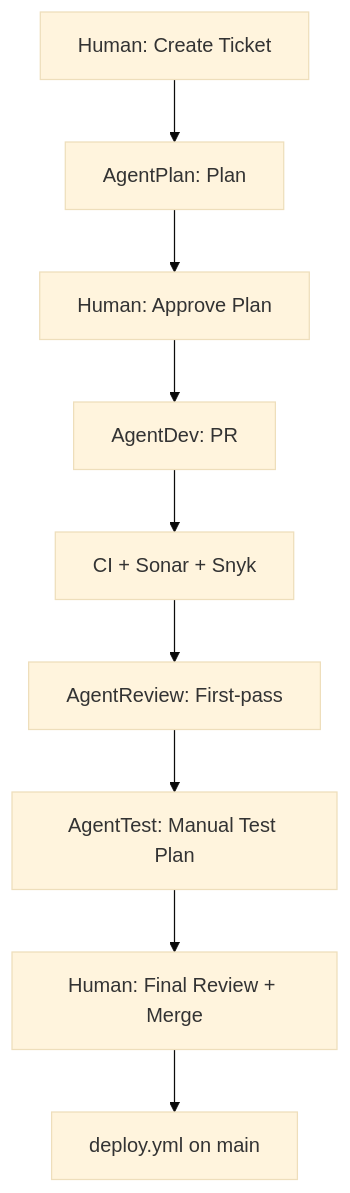
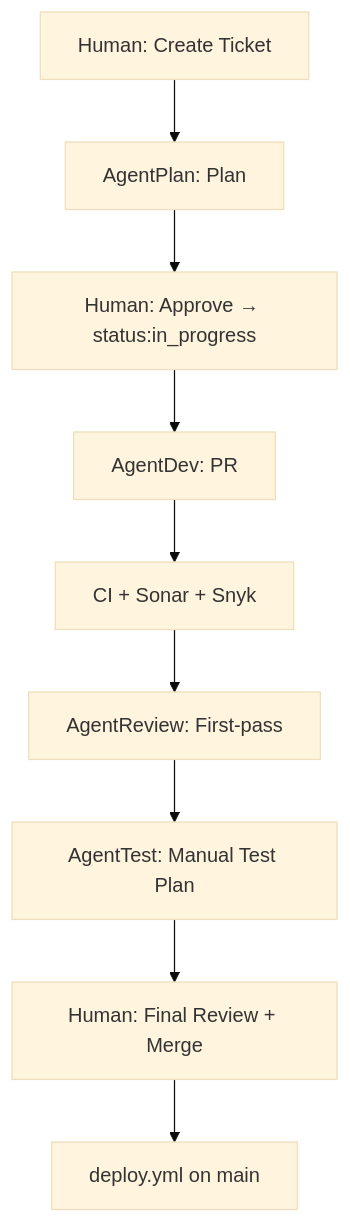
One commit to redefinered-cc/fuzzy-umbrella changed the diagram in docs/agent-dev-lifecycle.md. Above: the diagram before and after it, drawn with Mermaid (base theme). The commit also changed other lines of this file and 10 other files, not shown here.

````diff
--- a/docs/agent-dev-lifecycle.md
+++ b/docs/agent-dev-lifecycle.md
@@ -26,21 +28,21 @@
 ```mermaid
 flowchart TD
   issue["Human: Create Ticket"]
   planAgent["AgentPlan: Plan"]
-  humanPlanApprove["Human: Approve Plan"]
+  humanPlanApprove["Human: Approve → status:in_progress"]
   devAgent["AgentDev: PR"]
   sonarSnyk["CI + Sonar + Snyk"]
   reviewAgent["AgentReview: First-pass"]
   testAgent["AgentTest: Manual Test Plan"]
   humanMerge["Human: Final Review + Merge"]
   deploy["deploy.yml on main"]
 
   issue --> planAgent
   planAgent --> humanPlanApprove
   humanPlanApprove --> devAgent
   devAgent --> sonarSnyk
   sonarSnyk --> reviewAgent
   reviewAgent --> testAgent
   testAgent --> humanMerge
   humanMerge --> deploy
 ```
````
